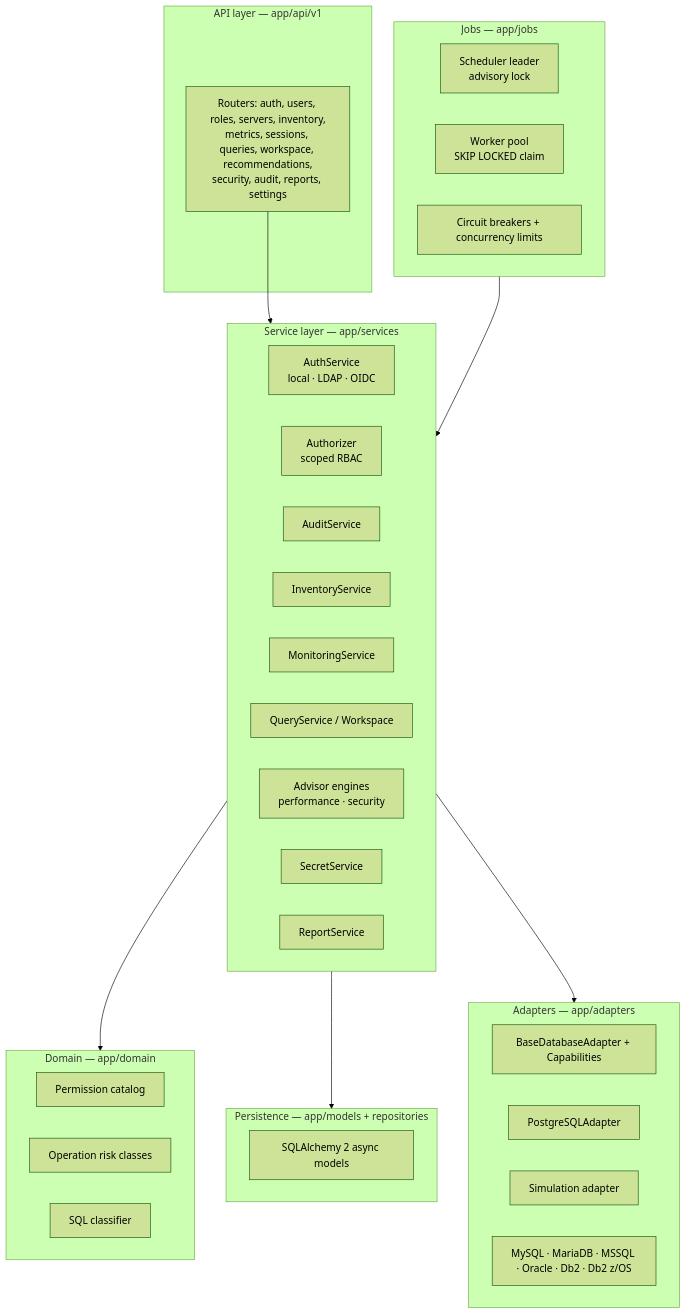
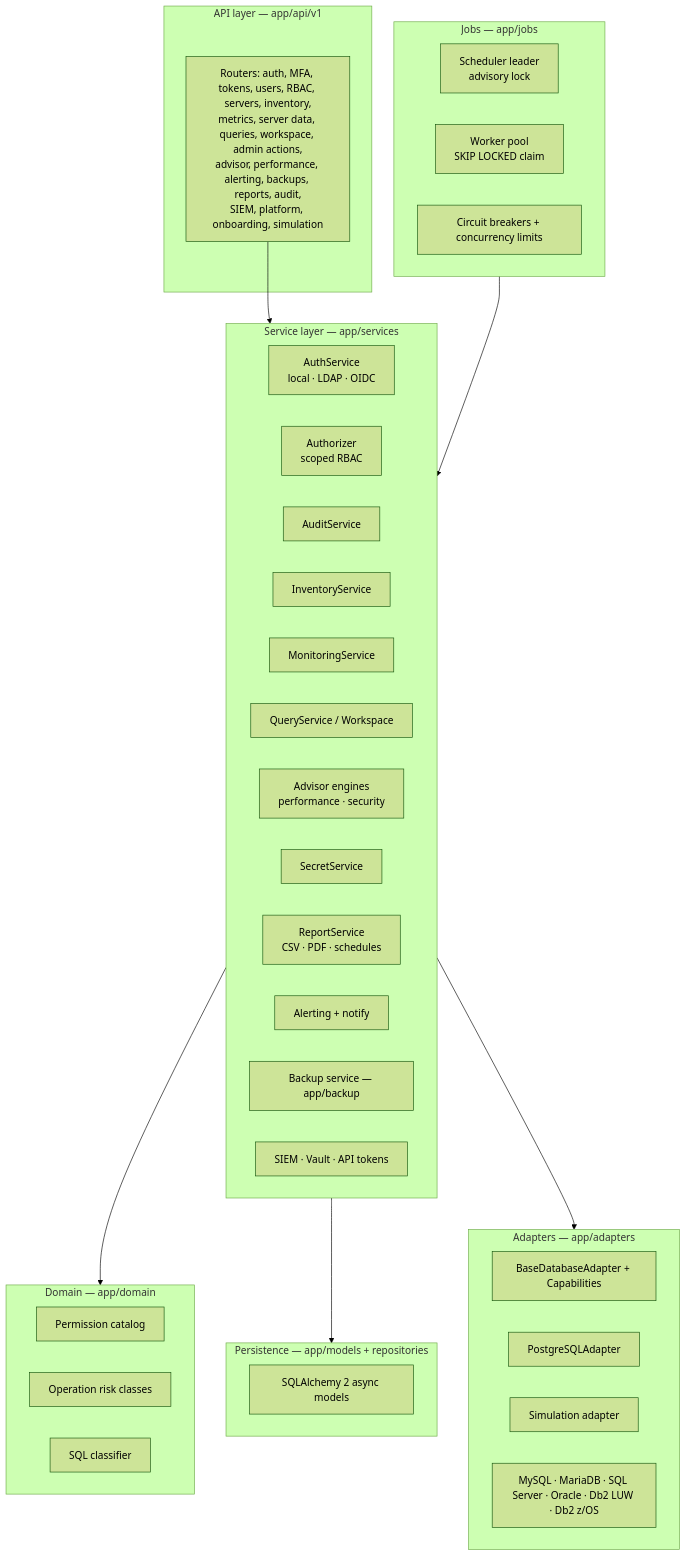
One commit to hbenabdalla/dbmanager changed the third of 10 diagrams in docs/architecture/design-document.md. Above: the diagram before and after it, drawn with Mermaid (forest theme). The commit also changed other lines of this file and 114 other files, not shown here.

````diff
--- a/docs/architecture/design-document.md
+++ b/docs/architecture/design-document.md
@@ -115,41 +127,44 @@
 ```mermaid
 flowchart TB
     subgraph API[API layer — app/api/v1]
-      R[Routers: auth, users, roles, servers, inventory,<br/>metrics, sessions, queries, workspace, recommendations,<br/>security, audit, reports, settings]
+      R[Routers: auth, MFA, tokens, users, RBAC, servers, inventory,<br/>metrics, server data, queries, workspace, admin actions,<br/>advisor, performance, alerting, backups, reports, audit,<br/>SIEM, platform, onboarding, simulation]
     end
     subgraph SVC[Service layer — app/services]
       AUTHS[AuthService<br/>local · LDAP · OIDC]
       AUTHZ[Authorizer<br/>scoped RBAC]
       AUD[AuditService]
       INV[InventoryService]
       MON[MonitoringService]
       QRY[QueryService / Workspace]
       ADV[Advisor engines<br/>performance · security]
       SEC[SecretService]
-      RPT[ReportService]
+      RPT[ReportService<br/>CSV · PDF · schedules]
+      ALR[Alerting + notify]
+      BAK[Backup service — app/backup]
+      INT[SIEM · Vault · API tokens]
     end
     subgraph DOM[Domain — app/domain]
       PERM[Permission catalog]
       RISK[Operation risk classes]
       SQLC[SQL classifier]
     end
     subgraph DATA[Persistence — app/models + repositories]
       ORM[SQLAlchemy 2 async models]
     end
     subgraph ADP[Adapters — app/adapters]
       BASE[BaseDatabaseAdapter + Capabilities]
       PGA[PostgreSQLAdapter]
       DEMO[Simulation adapter]
-      STUB[MySQL · MariaDB · MSSQL · Oracle · Db2 · Db2 z/OS]
+      OTH[MySQL · MariaDB · SQL Server · Oracle · Db2 LUW · Db2 z/OS]
     end
     subgraph JOBS[Jobs — app/jobs]
       SCH[Scheduler leader<br/>advisory lock]
       WRK[Worker pool<br/>SKIP LOCKED claim]
       CB[Circuit breakers + concurrency limits]
     end
     R --> SVC
     SVC --> DOM
     SVC --> DATA
     SVC --> ADP
     JOBS --> SVC
 ```
````
